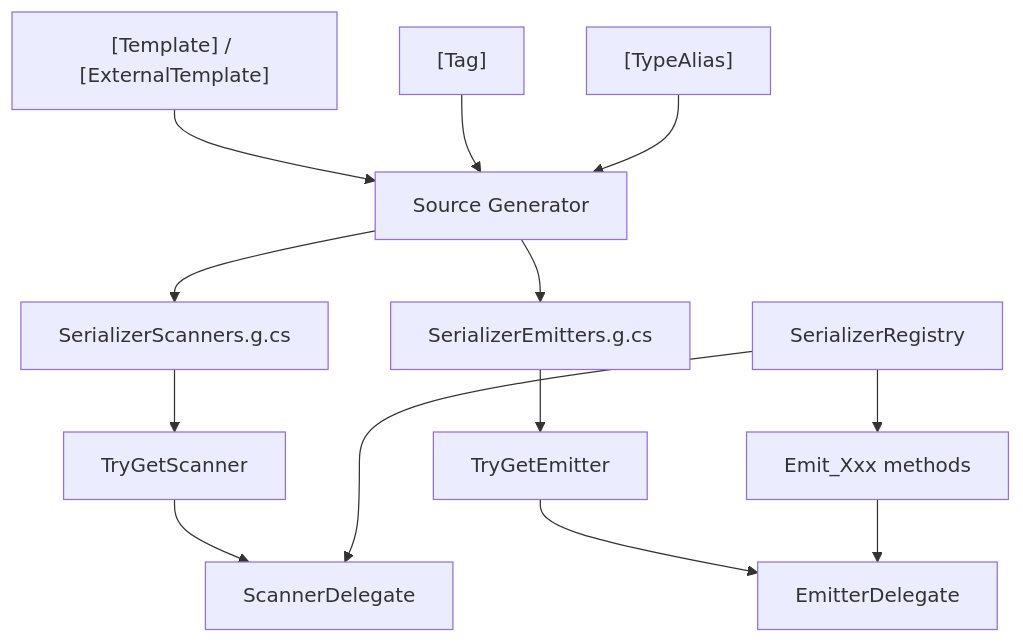
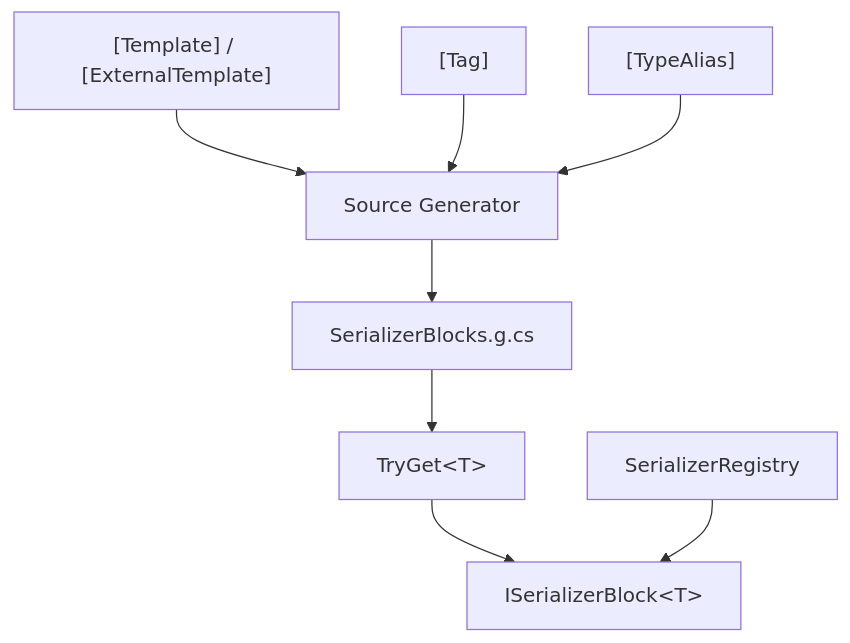
Before and after one commit to twds0x13/SourceSerializer: the diagram in docs/en/api/index.md, drawn with Mermaid. The commit also changed other lines of this file and 20 other files, not shown here.

First line of the commit message:
docs: sync documentation to SerializerBlocks API

````diff
--- a/docs/en/api/index.md
+++ b/docs/en/api/index.md
@@ -23,15 +24,10 @@
 ```mermaid
 flowchart TD
     A["[Template] / [ExternalTemplate]"] --> B[Source Generator]
     C["[Tag]"] --> B
     D["[TypeAlias]"] --> B
-    B --> E[SerializerScanners.g.cs]
-    B --> E2[SerializerEmitters.g.cs]
-    E --> F[TryGetScanner]
-    F --> G[ScannerDelegate]
+    B --> E[SerializerBlocks.g.cs]
+    E --> F[TryGet&lt;T&gt;]
+    F --> G[ISerializerBlock&lt;T&gt;]
     H[SerializerRegistry] --> G
-    E2 --> K[TryGetEmitter]
-    K --> J[EmitterDelegate]
-    H --> I[Emit_Xxx methods]
-    I --> J
 ```
````
